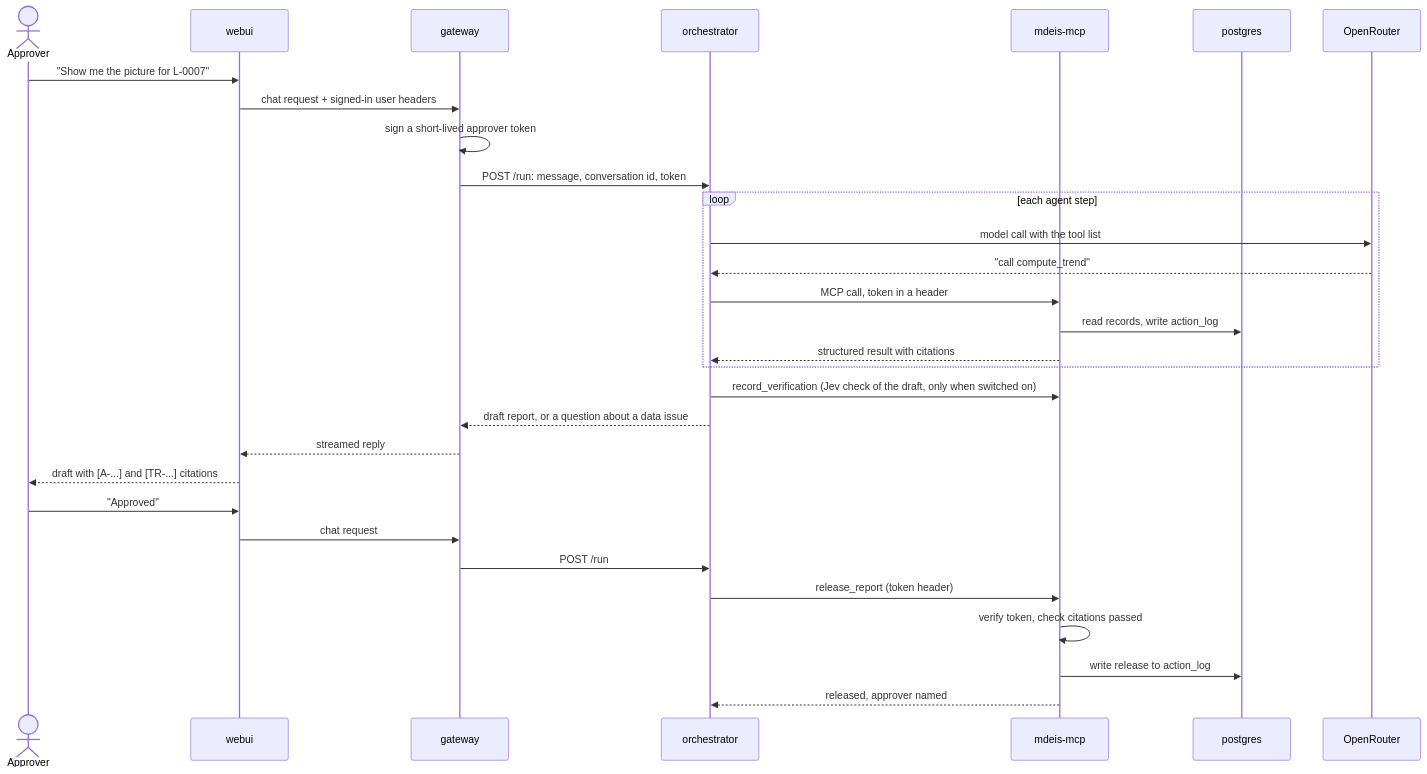
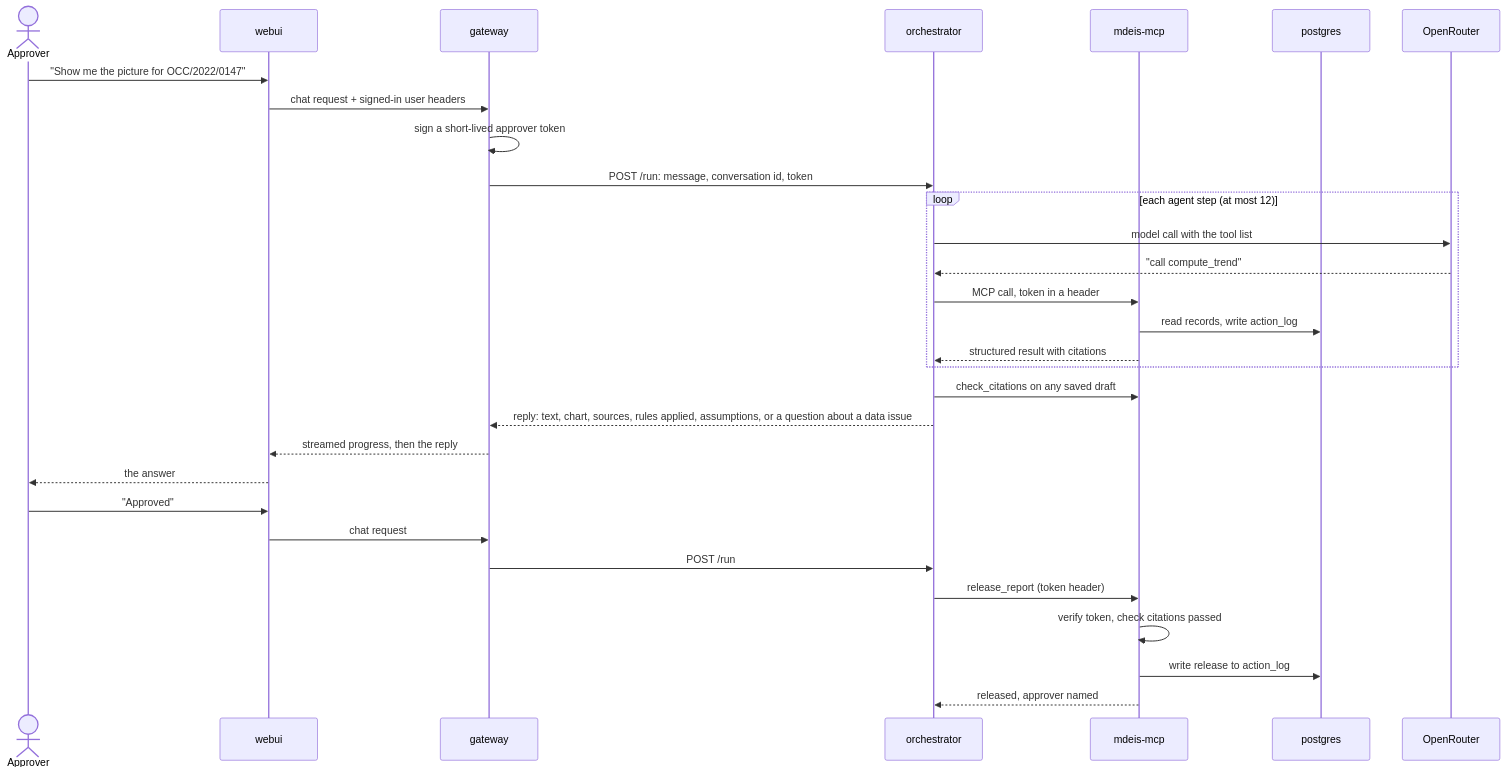
One commit to Sedoid/MDEIS changed the second of 2 diagrams in docs/CONTAINERS.md. Above: the diagram before and after it, drawn with Mermaid. The commit also changed other lines of this file and 4 other files, not shown here.

````diff
--- a/docs/CONTAINERS.md
+++ b/docs/CONTAINERS.md
@@ -95,33 +106,33 @@
 ```mermaid
 sequenceDiagram
   actor A as Approver
   participant W as webui
   participant G as gateway
   participant O as orchestrator
   participant M as mdeis-mcp
   participant P as postgres
   participant L as OpenRouter
 
-  A->>W: "Show me the picture for L-0007"
+  A->>W: "Show me the picture for OCC/2022/0147"
   W->>G: chat request + signed-in user headers
   G->>G: sign a short-lived approver token
   G->>O: POST /run: message, conversation id, token
-  loop each agent step
+  loop each agent step (at most 12)
     O->>L: model call with the tool list
     L-->>O: "call compute_trend"
     O->>M: MCP call, token in a header
     M->>P: read records, write action_log
     M-->>O: structured result with citations
   end
-  O->>M: record_verification (Jev check of the draft, only when switched on)
-  O-->>G: draft report, or a question about a data issue
-  G-->>W: streamed reply
-  W-->>A: draft with [A-...] and [TR-...] citations
+  O->>M: check_citations on any saved draft
+  O-->>G: reply: text, chart, sources, rules applied, assumptions, or a question about a data issue
+  G-->>W: streamed progress, then the reply
+  W-->>A: the answer
   A->>W: "Approved"
   W->>G: chat request
   G->>O: POST /run
   O->>M: release_report (token header)
   M->>M: verify token, check citations passed
   M->>P: write release to action_log
   M-->>O: released, approver named
 ```
````
